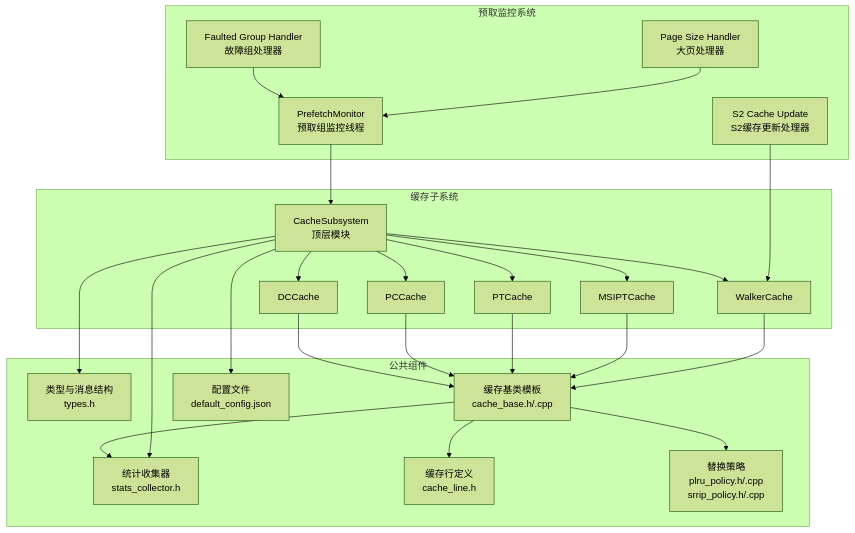
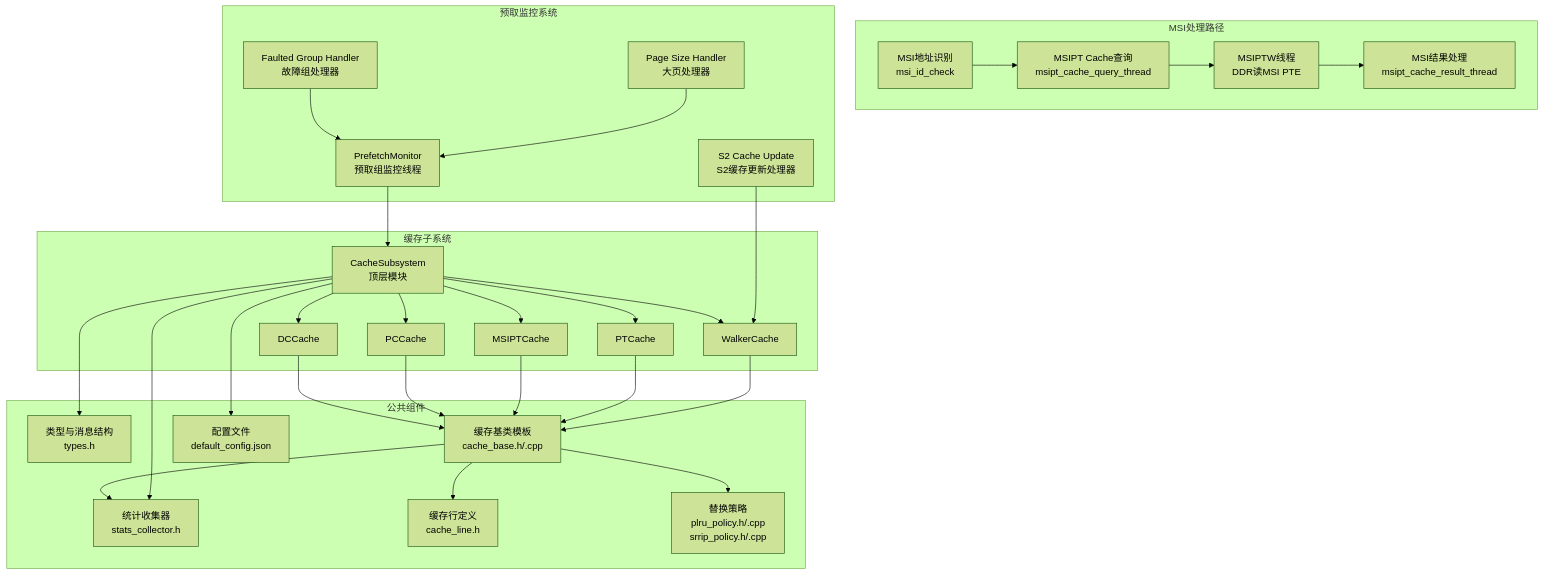
One commit to jiangjiang1122/iommu_model_20260401_v1 changed the first of 12 diagrams in .qoder/repowiki/zh/content/缓存系统/缓存系统.md. Above: the diagram before and after it, drawn with Mermaid (forest theme). The commit also changed other lines of this file and 159 other files, not shown here.

Commit message:
chore: 更新知识库文档 + 新增PTW并发分析图表与数据文件

````diff
--- a/.qoder/repowiki/zh/content/缓存系统/缓存系统.md
+++ b/.qoder/repowiki/zh/content/缓存系统/缓存系统.md
@@ -61,45 +65,54 @@
 ```mermaid
 graph TB
 subgraph "缓存子系统"
 CS["CacheSubsystem<br/>顶层模块"]
 DC["DCCache"]
 PC["PCCache"]
+MSIPT["MSIPTCache"]
 PT["PTCache"]
-MSI["MSIPTCache"]
 WC["WalkerCache"]
+end
+subgraph "MSI处理路径"
+MSID["MSI地址识别<br/>msi_id_check"]
+MSIQ["MSIPT Cache查询<br/>msipt_cache_query_thread"]
+MSIW["MSIPTW线程<br/>DDR读MSI PTE"]
+MSIR["MSI结果处理<br/>msipt_cache_result_thread"]
 end
 subgraph "预取监控系统"
 PM["PrefetchMonitor<br/>预取组监控线程"]
 S2U["S2 Cache Update<br/>S2缓存更新处理器"]
 FDH["Faulted Group Handler<br/>故障组处理器"]
 PG["Page Size Handler<br/>大页处理器"]
 end
 subgraph "公共组件"
 Types["类型与消息结构<br/>types.h"]
 Stats["统计收集器<br/>stats_collector.h"]
 Base["缓存基类模板<br/>cache_base.h/.cpp"]
 Line["缓存行定义<br/>cache_line.h"]
 REPL["替换策略<br/>plru_policy.h/.cpp<br/>srrip_policy.h/.cpp"]
 CFG["配置文件<br/>default_config.json"]
 end
 CS --> DC
 CS --> PC
+CS --> MSIPT
 CS --> PT
-CS --> MSI
 CS --> WC
+MSID --> MSIQ
+MSIQ --> MSIW
+MSIW --> MSIR
 PM --> CS
 S2U --> WC
 FDH --> PM
 PG --> PM
 DC --> Base
 PC --> Base
+MSIPT --> Base
 PT --> Base
-MSI --> Base
 WC --> Base
 Base --> Line
 Base --> REPL
 Base --> Stats
 CS --> Stats
 CS --> Types
 CS --> CFG
 ```
````
